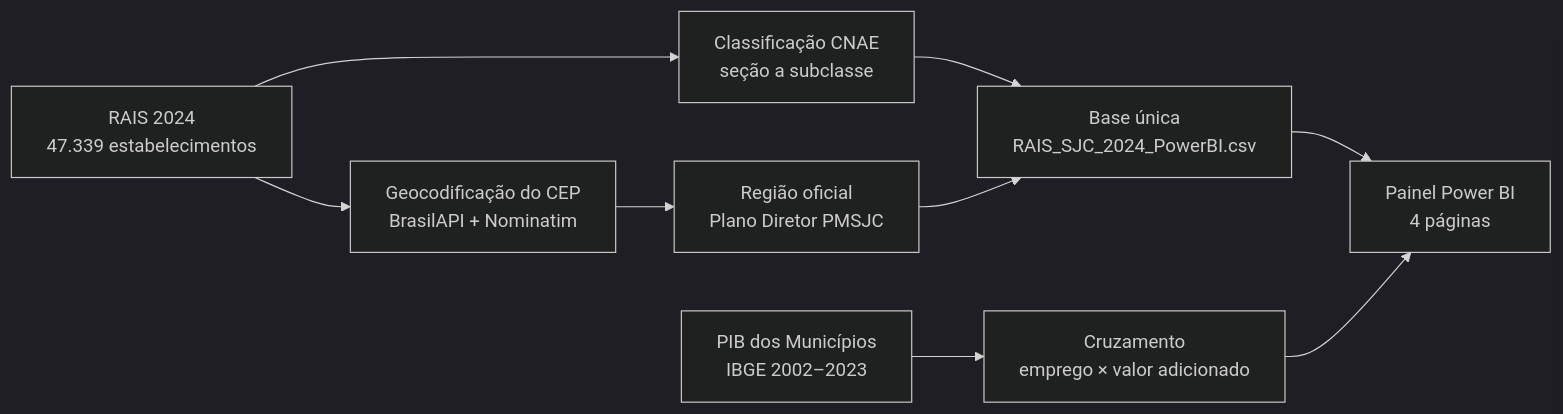
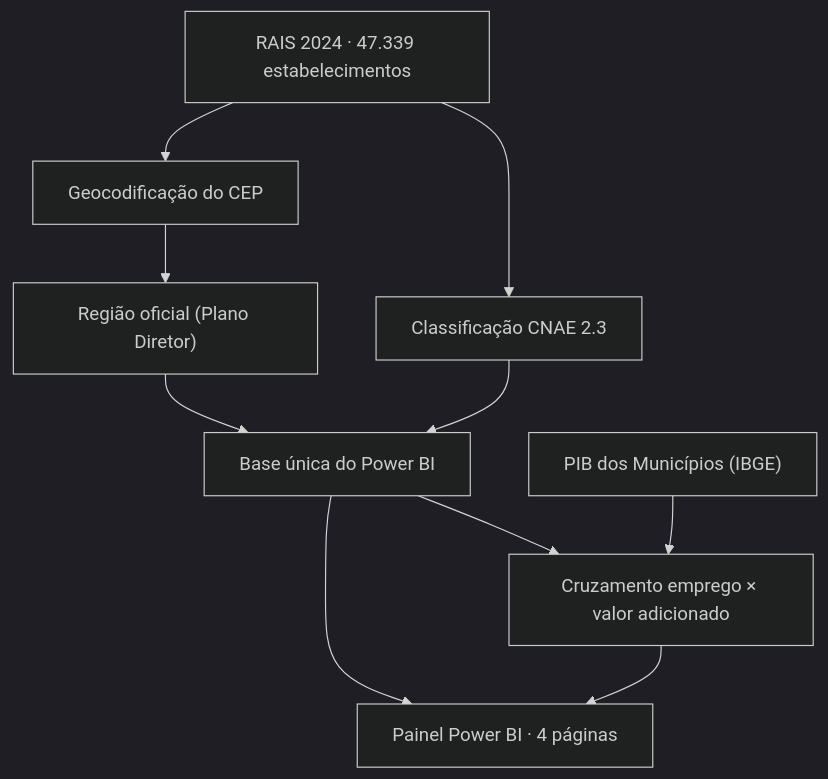
One commit to projetoapi08/Observat-rio-do-Ecossistema-Industrial-e-de-Servi-os-de-S-o-Jos-dos-Campos changed the diagram in MVP/sp2.md. Above: the diagram before and after it, drawn with Mermaid (dark theme).

Commit message:
Corrige fluxograma do MVP da Sprint 2 (layout vertical e seta da base para o cruzamento)

````diff
--- a/MVP/sp2.md
+++ b/MVP/sp2.md
@@ -23,11 +23,12 @@
 ```mermaid
-flowchart LR
-    A["RAIS 2024<br/>47.339 estabelecimentos"] --> B["Classificação CNAE<br/>seção a subclasse"]
-    A --> C["Geocodificação do CEP<br/>BrasilAPI + Nominatim"]
-    C --> D["Região oficial<br/>Plano Diretor PMSJC"]
-    B --> E["Base única<br/>RAIS_SJC_2024_PowerBI.csv"]
+flowchart TD
+    A["RAIS 2024 · 47.339 estabelecimentos"] --> B["Classificação CNAE 2.3"]
+    A --> C["Geocodificação do CEP"]
+    C --> D["Região oficial (Plano Diretor)"]
+    B --> E["Base única do Power BI"]
     D --> E
-    F["PIB dos Municípios<br/>IBGE 2002–2023"] --> G["Cruzamento<br/>emprego × valor adicionado"]
-    E --> H["Painel Power BI<br/>4 páginas"]
+    F["PIB dos Municípios (IBGE)"] --> G["Cruzamento emprego × valor adicionado"]
+    E --> G
+    E --> H["Painel Power BI · 4 páginas"]
     G --> H
 ```
````
